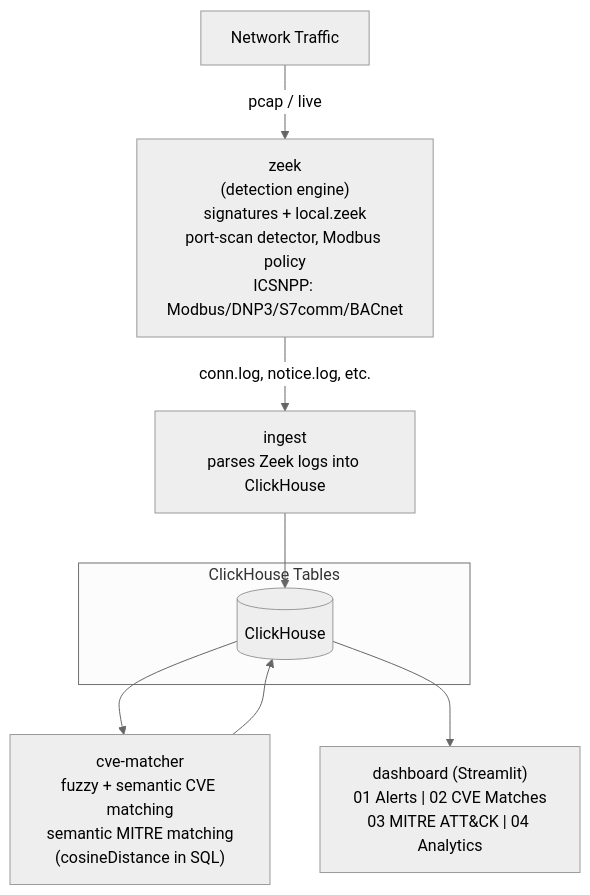
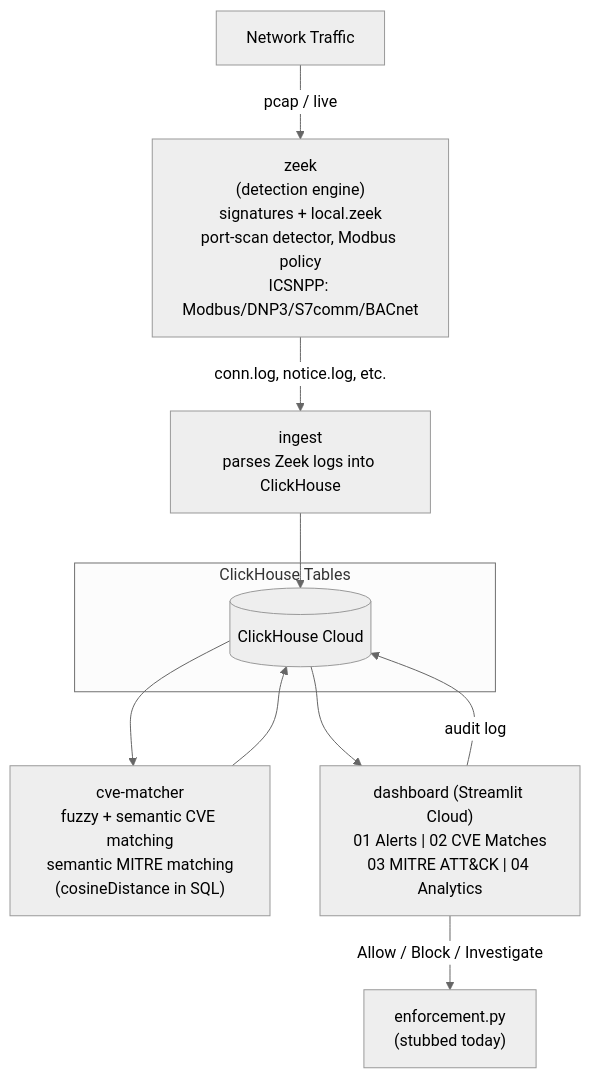
The diagram in README.md (techmugger/network-ids-zeek-chromadb), drawn with Mermaid (neutral theme) before and after one commit. The commit also changed other lines of this file, not shown here.

Commit message:
Update README: document response actions, Cloud hosting, OT fix; remove viva Q&A section

````diff
--- a/README.md
+++ b/README.md
@@ -23,13 +45,15 @@
 ```mermaid
 flowchart TD
     A[Network Traffic] -->|pcap / live| B["zeek<br/>(detection engine)<br/>signatures + local.zeek<br/>port-scan detector, Modbus policy<br/>ICSNPP: Modbus/DNP3/S7comm/BACnet"]
     B -->|conn.log, notice.log, etc.| C["ingest<br/>parses Zeek logs into ClickHouse"]
-    C --> D[(ClickHouse)]
+    C --> D[(ClickHouse Cloud)]
     D --> E["cve-matcher<br/>fuzzy + semantic CVE matching<br/>semantic MITRE matching<br/>(cosineDistance in SQL)"]
     E --> D
-    D --> F["dashboard (Streamlit)<br/>01 Alerts | 02 CVE Matches<br/>03 MITRE ATT&CK | 04 Analytics"]
+    D --> F["dashboard (Streamlit Cloud)<br/>01 Alerts | 02 CVE Matches<br/>03 MITRE ATT&CK | 04 Analytics"]
+    F -->|Allow / Block / Investigate| G["enforcement.py<br/>(stubbed today)"]
+    F -->|audit log| D
 
     subgraph ClickHouse Tables
         D
     end
 ```
````
